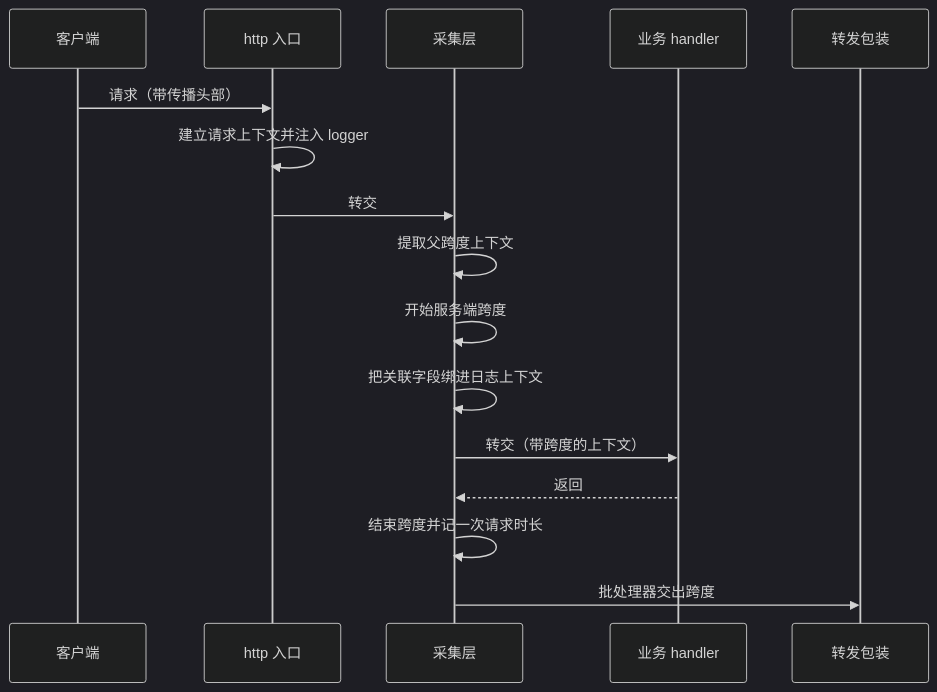
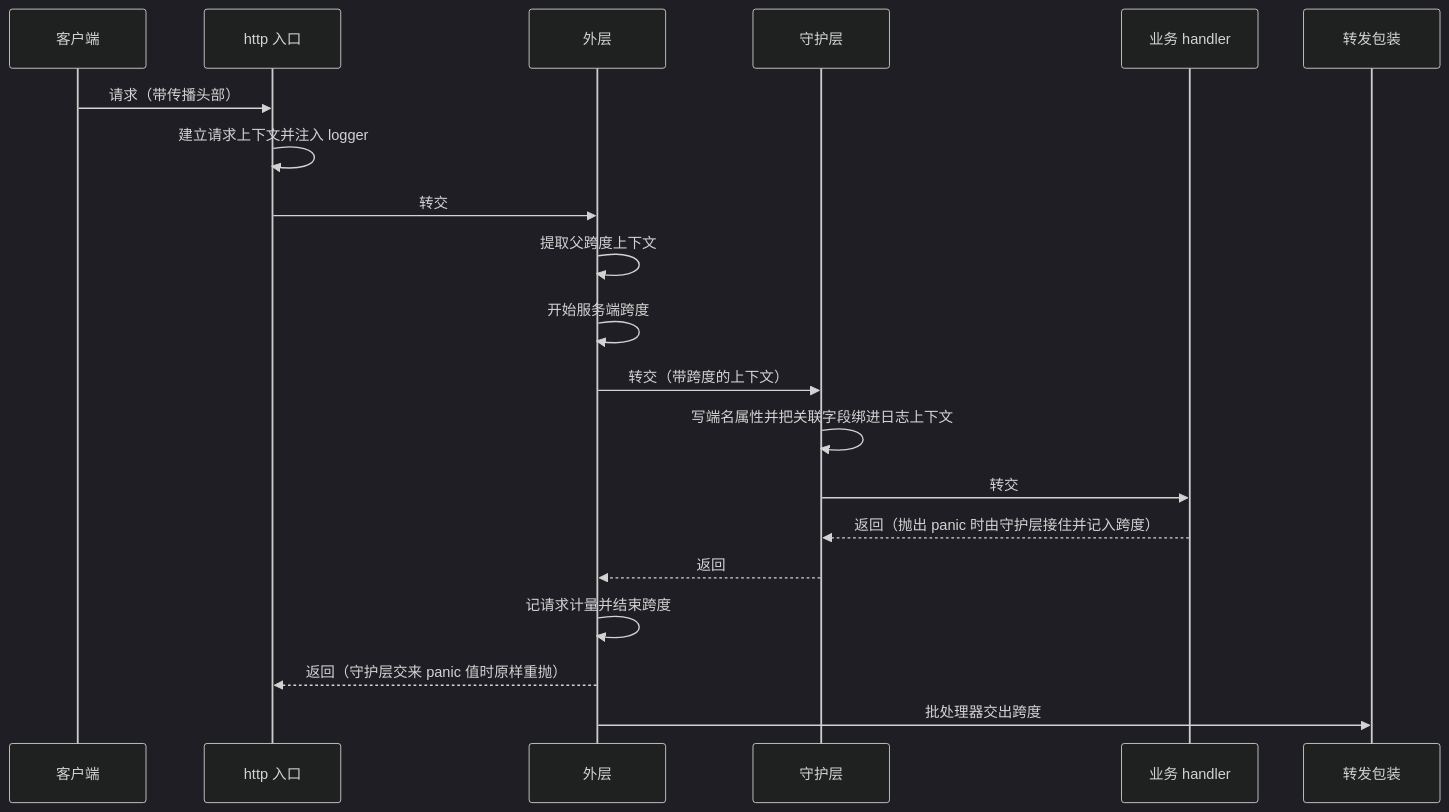
The second of 2 diagrams in docs/design/modules/design-observability.md (wangzw/speed), drawn with Mermaid (dark theme) before and after one commit. The commit also changed other lines of this file and 24 other files, not shown here.

````diff
--- a/docs/design/modules/design-observability.md
+++ b/docs/design/modules/design-observability.md
@@ -175,19 +178,23 @@
 ```mermaid
 sequenceDiagram
     participant 客户端
     participant 入口 as http 入口
-    participant 采集 as 采集层
+    participant 外层
+    participant 守护 as 守护层
     participant 业务 as 业务 handler
     participant 导出 as 转发包装
 
     客户端->>入口: 请求（带传播头部）
     入口->>入口: 建立请求上下文并注入 logger
-    入口->>采集: 转交
-    采集->>采集: 提取父跨度上下文
-    采集->>采集: 开始服务端跨度
-    采集->>采集: 把关联字段绑进日志上下文
-    采集->>业务: 转交（带跨度的上下文）
-    业务-->>采集: 返回
-    采集->>采集: 结束跨度并记一次请求时长
-    采集->>导出: 批处理器交出跨度
+    入口->>外层: 转交
+    外层->>外层: 提取父跨度上下文
+    外层->>外层: 开始服务端跨度
+    外层->>守护: 转交（带跨度的上下文）
+    守护->>守护: 写端名属性并把关联字段绑进日志上下文
+    守护->>业务: 转交
+    业务-->>守护: 返回（抛出 panic 时由守护层接住并记入跨度）
+    守护-->>外层: 返回
+    外层->>外层: 记请求计量并结束跨度
+    外层-->>入口: 返回（守护层交来 panic 值时原样重抛）
+    外层->>导出: 批处理器交出跨度
 ```
````
